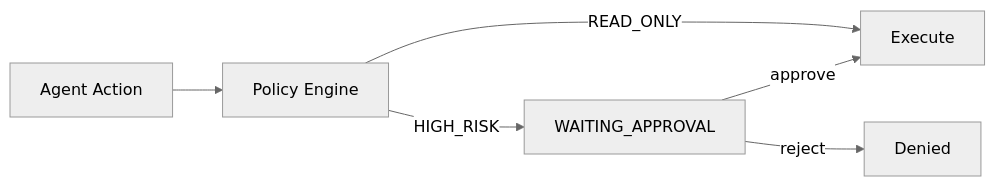
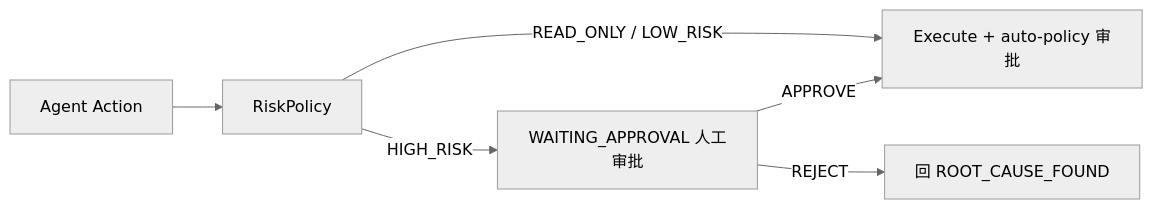
One commit to wuhuh/AI_SRE changed the fourth of 4 diagrams in docs/architecture.md. Above: the diagram before and after it, drawn with Mermaid (neutral theme). The commit also changed other lines of this file and 3 other files, not shown here.

First line of the commit message:
docs: P1-DOC-04/05/06/07 rewrite architecture/security/production-audit to match code

````diff
--- a/docs/architecture.md
+++ b/docs/architecture.md
@@ -72,8 +96,8 @@
 ```mermaid
 flowchart LR
-    A[Agent Action] --> P[Policy Engine]
-    P -->|READ_ONLY| E[Execute]
-    P -->|HIGH_RISK| W[WAITING_APPROVAL]
-    W -->|approve| E
-    W -->|reject| D[Denied]
+    A[Agent Action] --> P[RiskPolicy]
+    P -->|READ_ONLY / LOW_RISK| E[Execute + auto-policy 审批]
+    P -->|HIGH_RISK| W[WAITING_APPROVAL 人工审批]
+    W -->|APPROVE| E
+    W -->|REJECT| D[回 ROOT_CAUSE_FOUND]
 ```
````
